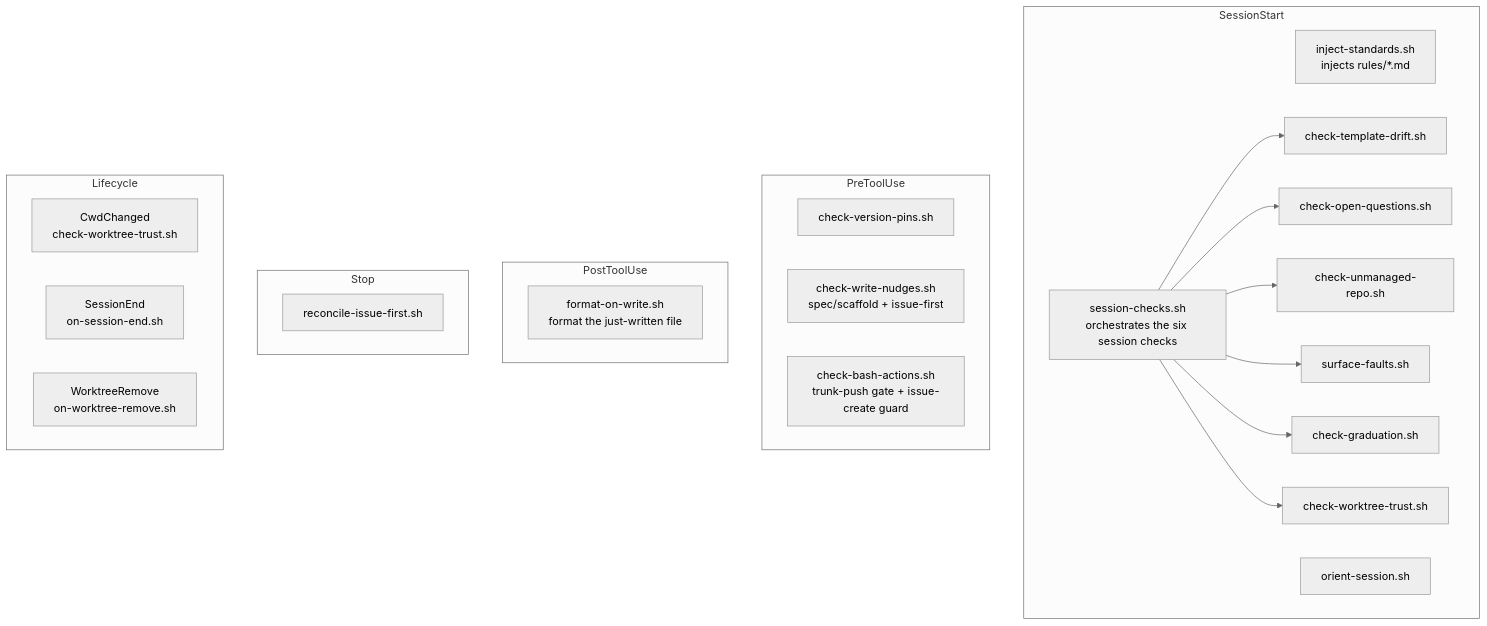
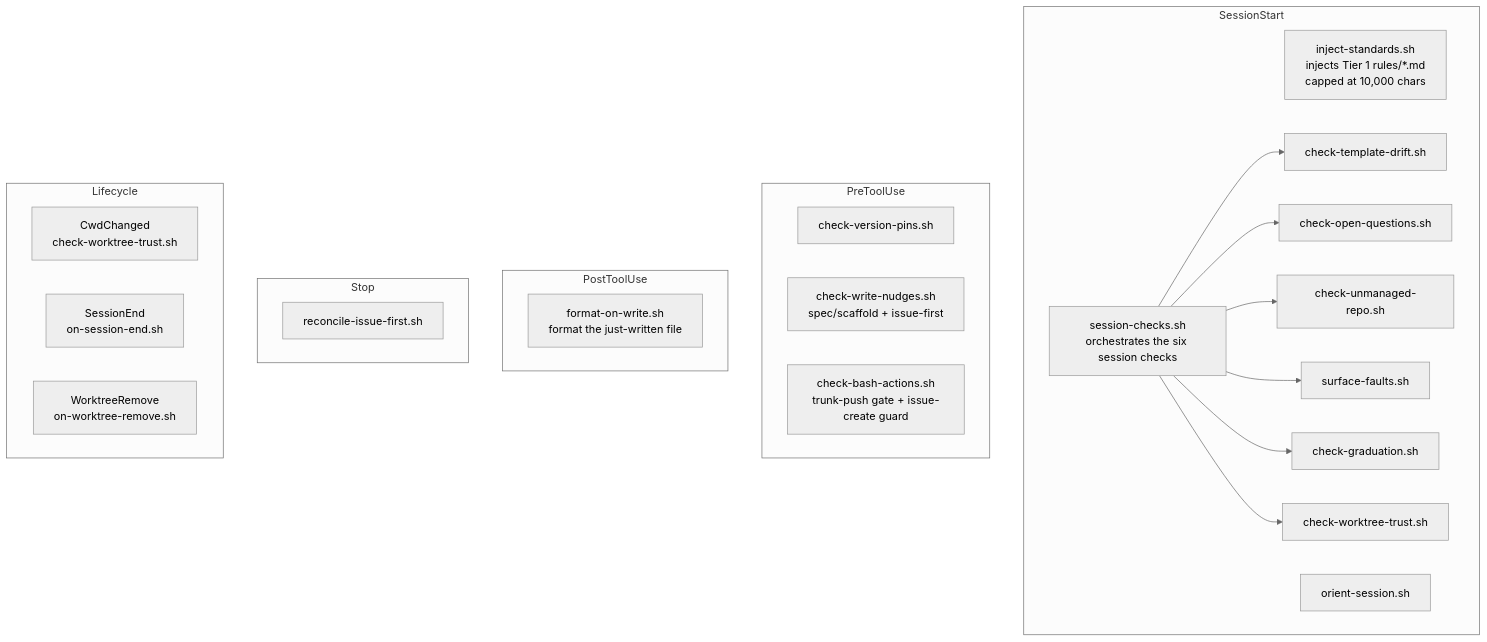
Before and after one commit to element22llc/e22-plugins: the diagram in docs/reference/hooks.md, drawn with Mermaid (neutral theme). The commit also changed other lines of this file and 4 other files, not shown here.

````diff
--- a/docs/reference/hooks.md
+++ b/docs/reference/hooks.md
@@ -53,30 +53,30 @@
 ```mermaid
 flowchart TD
     subgraph SessionStart
-      inject[inject-standards.sh<br/>injects rules/*.md]
+      inject[inject-standards.sh<br/>injects Tier 1 rules/*.md<br/>capped at 10,000 chars]
       checks[session-checks.sh<br/>orchestrates the six session checks]
       orient[orient-session.sh]
       checks --> drift[check-template-drift.sh]
       checks --> oq[check-open-questions.sh]
       checks --> unmanaged[check-unmanaged-repo.sh]
       checks --> faults[surface-faults.sh]
       checks --> grad[check-graduation.sh]
       checks --> wt[check-worktree-trust.sh]
     end
     subgraph PreToolUse
       pins[check-version-pins.sh]
       wn[check-write-nudges.sh<br/>spec/scaffold + issue-first]
       ba[check-bash-actions.sh<br/>trunk-push gate + issue-create guard]
     end
     subgraph PostToolUse
       fmt[format-on-write.sh<br/>format the just-written file]
     end
     subgraph Stop
       reconcile[reconcile-issue-first.sh]
     end
     subgraph Lifecycle
       cwd[CwdChanged<br/>check-worktree-trust.sh]
       send[SessionEnd<br/>on-session-end.sh]
       wtr[WorktreeRemove<br/>on-worktree-remove.sh]
     end
 ```
````
